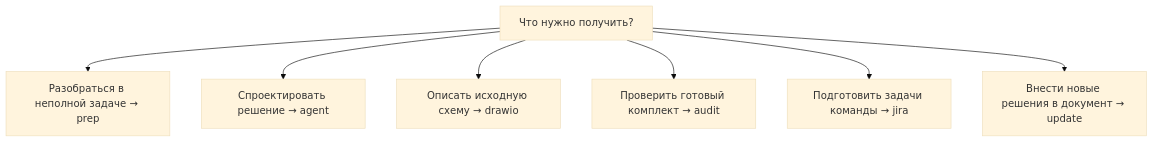
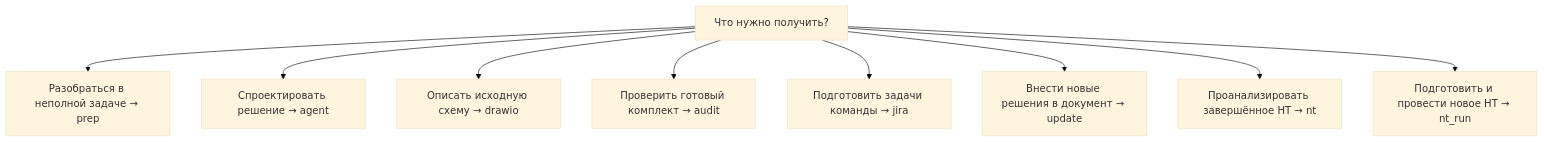
Before and after one commit to IST0VE/orbita-agent: the first of 2 diagrams in docs/WORKFLOWS.md, drawn with Mermaid (base theme). The commit also changed other lines of this file and 47 other files, not shown here.

Commit message:
feat(nt): add supervised k6 execution graph and update documentation

````diff
--- a/docs/WORKFLOWS.md
+++ b/docs/WORKFLOWS.md
@@ -9,9 +9,11 @@
 ```mermaid
 flowchart TD
     A["Что нужно получить?"] --> B["Разобраться в неполной задаче → prep"]
     A --> C["Спроектировать решение → agent"]
     A --> D["Описать исходную схему → drawio"]
     A --> E["Проверить готовый комплект → audit"]
     A --> F["Подготовить задачи команды → jira"]
     A --> G["Внести новые решения в документ → update"]
+    A --> H["Проанализировать завершённое НТ → nt"]
+    A --> I["Подготовить и провести новое НТ → nt_run"]
 ```
````
